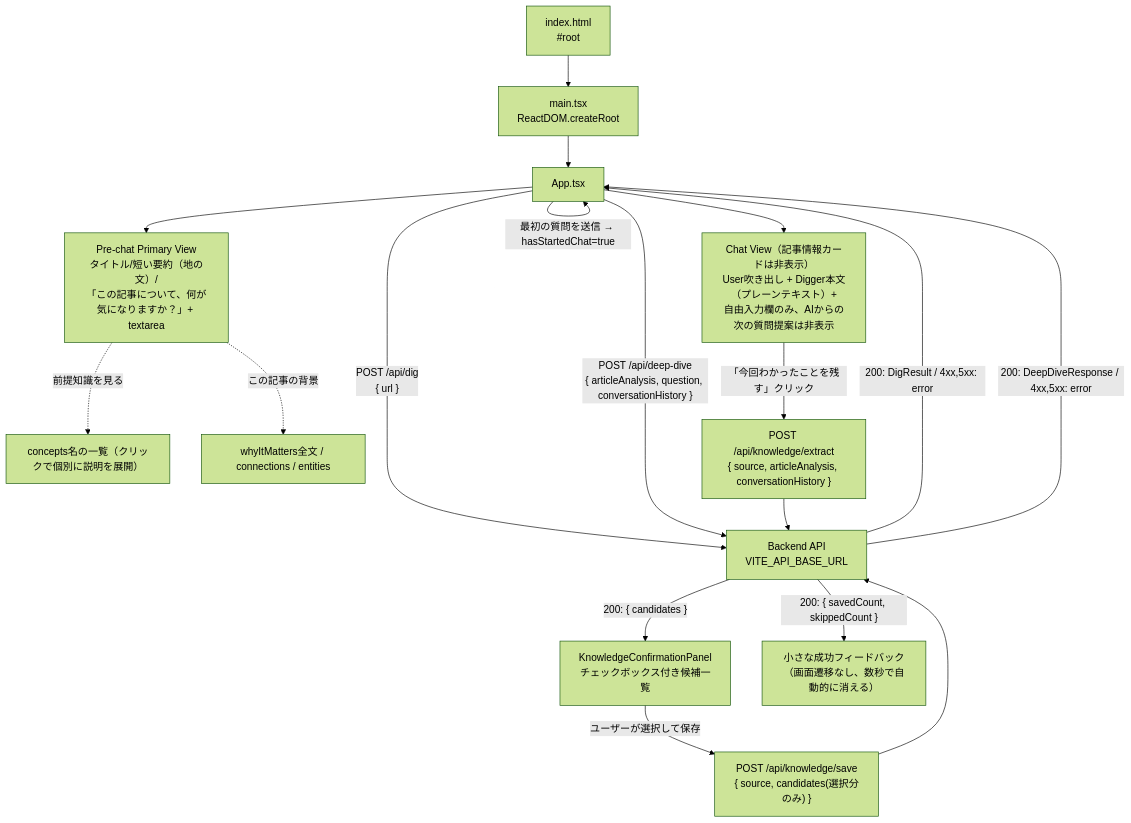
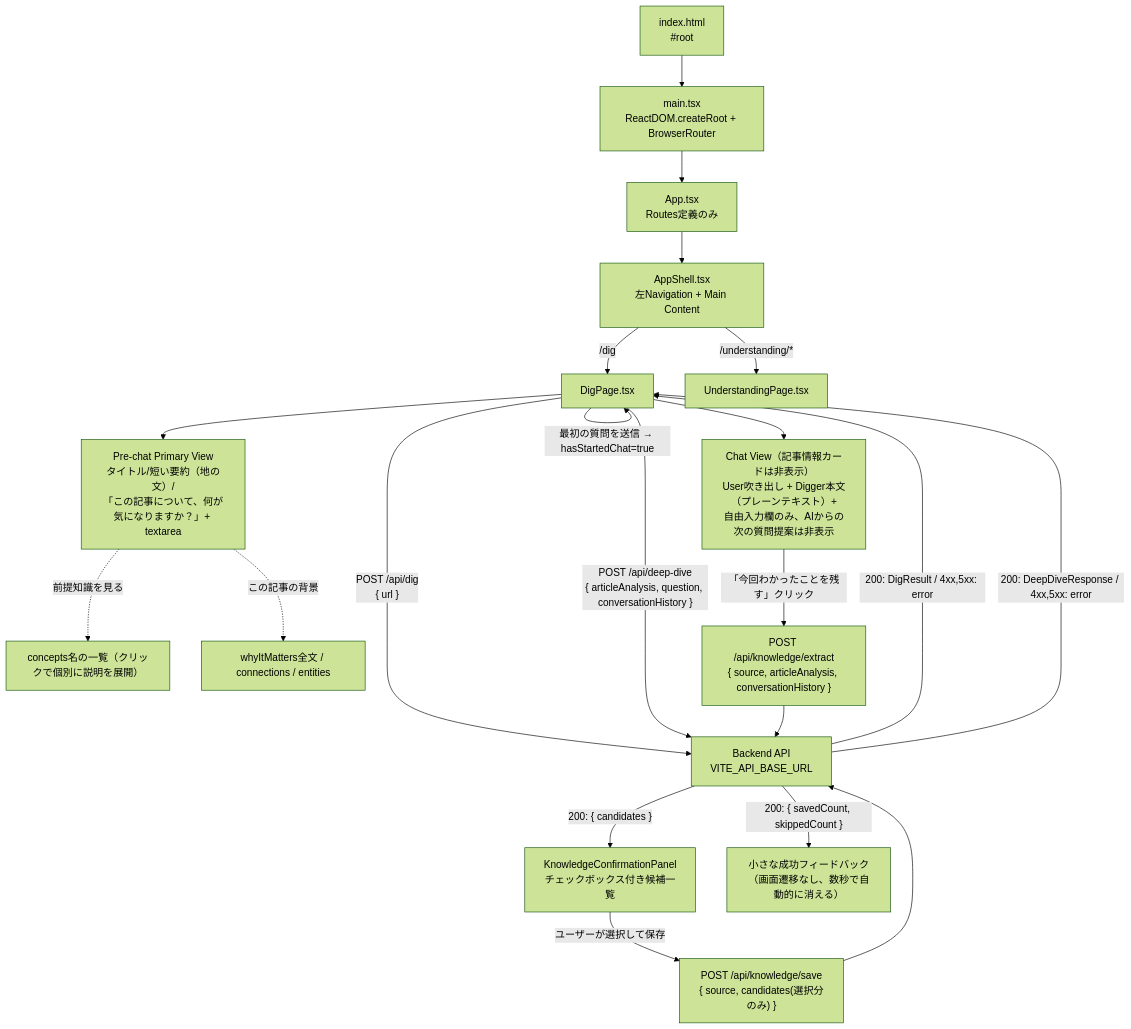
The diagram in frontend/README.md (kokiwaku/digger), drawn with Mermaid (forest theme) before and after one commit. The commit also changed other lines of this file and 14 other files, not shown here.

````diff
--- a/frontend/README.md
+++ b/frontend/README.md
@@ -36,21 +39,24 @@
 ```mermaid
 flowchart TD
-    A["index.html<br/>#root"] --> B["main.tsx<br/>ReactDOM.createRoot"]
-    B --> C["App.tsx"]
+    A["index.html<br/>#root"] --> B["main.tsx<br/>ReactDOM.createRoot + BrowserRouter"]
+    B --> Ap["App.tsx<br/>Routes定義のみ"]
+    Ap --> Sh["AppShell.tsx<br/>左Navigation + Main Content"]
+    Sh -->|"/dig"| C["DigPage.tsx"]
+    Sh -->|"/understanding/*"| Up["UnderstandingPage.tsx"]
     C -->|"入力状態(url)<br/>結果状態(DigState)"| C
     C -->|"POST /api/dig<br/>{ url }"| F["Backend API<br/>VITE_API_BASE_URL"]
     F -->|"200: DigResult / 4xx,5xx: error"| C
     C --> G["Pre-chat Primary View<br/>タイトル/短い要約（地の文）/<br/>「この記事について、何が気になりますか？」+ textarea"]
     G -.->|"前提知識を見る"| G2b["concepts名の一覧（クリックで個別に説明を展開）"]
     G -.->|"この記事の背景"| G2c["whyItMatters全文 / connections / entities"]
     C -->|"最初の質問を送信 → hasStartedChat=true"| C
     C -->|"POST /api/deep-dive<br/>{ articleAnalysis, question, conversationHistory }"| F
     F -->|"200: DeepDiveResponse / 4xx,5xx: error"| C
     C --> H["Chat View（記事情報カードは非表示）<br/>User吹き出し + Digger本文（プレーンテキスト）+<br/>自由入力欄のみ、AIからの次の質問提案は非表示"]
     H -->|"「今回わかったことを残す」クリック"| I["POST /api/knowledge/extract<br/>{ source, articleAnalysis, conversationHistory }"]
     I --> F
     F -->|"200: { candidates }"| J["KnowledgeConfirmationPanel<br/>チェックボックス付き候補一覧"]
     J -->|"ユーザーが選択して保存"| K["POST /api/knowledge/save<br/>{ source, candidates(選択分のみ) }"]
     K --> F
     F -->|"200: { savedCount, skippedCount }"| L["小さな成功フィードバック<br/>（画面遷移なし、数秒で自動的に消える）"]
 ```
````
